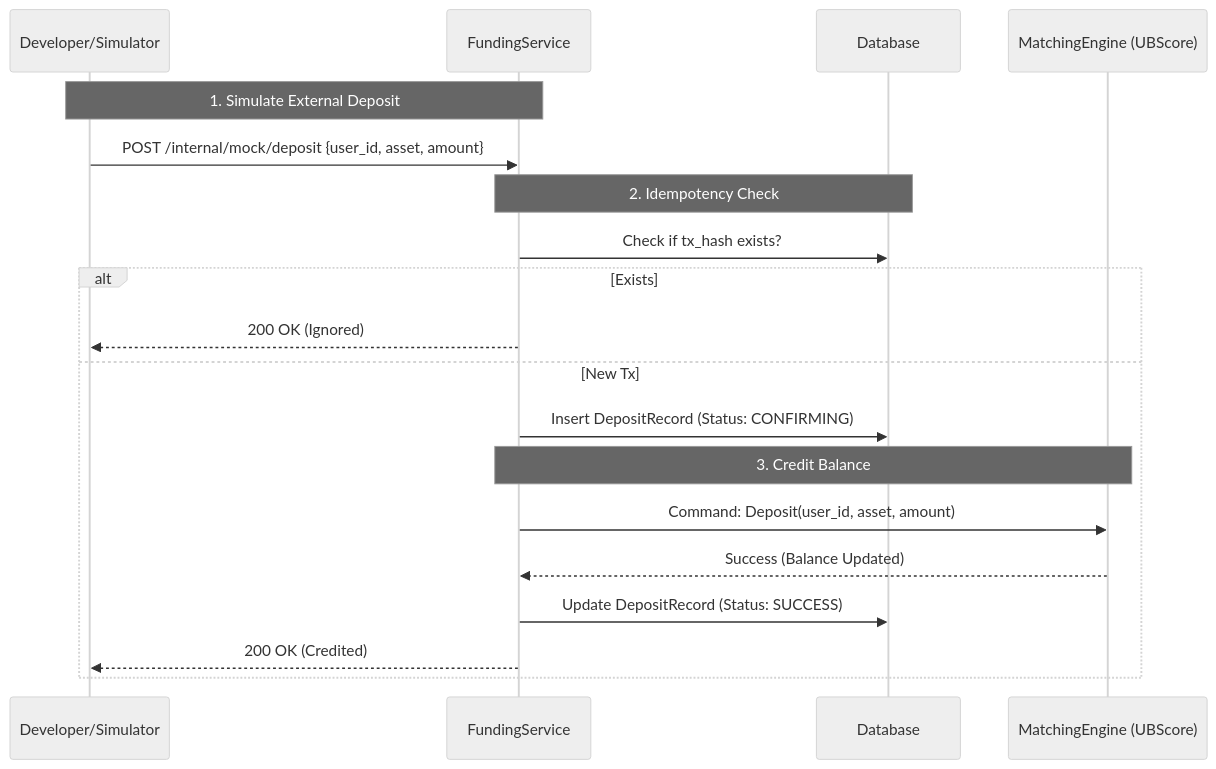
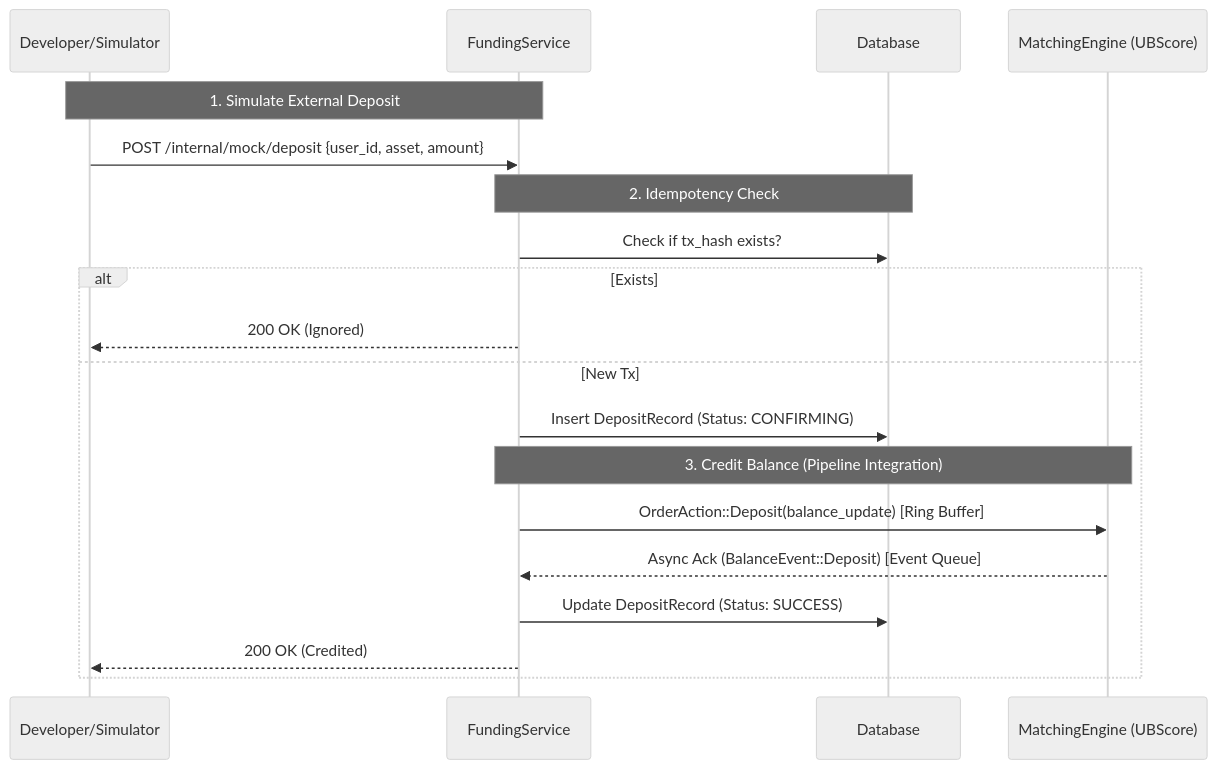
One commit to gjwang/zero_x_infinity changed the first of 2 diagrams in docs/src/0x11-deposit-withdraw.md. Above: the diagram before and after it, drawn with Mermaid (neutral theme). The commit also changed other lines of this file and 5 other files, not shown here.

Commit message:
docs: 0x11 Architecture, Phase 0x12 Concept, and Handover (fix funding broken mod)

````diff
--- a/docs/src/0x11-deposit-withdraw.md
+++ b/docs/src/0x11-deposit-withdraw.md
@@ -44,25 +44,25 @@
 ```mermaid
 sequenceDiagram
     participant Dev as Developer/Simulator
     participant FS as FundingService
     participant DB as Database
     participant ME as MatchingEngine (UBScore)
 
     Note over Dev, FS: 1. Simulate External Deposit
     Dev->>FS: POST /internal/mock/deposit {user_id, asset, amount}
     
     Note over FS, DB: 2. Idempotency Check
     FS->>DB: Check if tx_hash exists?
     alt Exists
         FS-->>Dev: 200 OK (Ignored)
     else New Tx
         FS->>DB: Insert DepositRecord (Status: CONFIRMING)
         
-        Note over FS, ME: 3. Credit Balance
-        FS->>ME: Command: Deposit(user_id, asset, amount)
-        ME-->>FS: Success (Balance Updated)
+    Note over FS, ME: 3. Credit Balance (Pipeline Integration)
+    FS->>ME: OrderAction::Deposit(balance_update) [Ring Buffer]
+    ME-->>FS: Async Ack (BalanceEvent::Deposit) [Event Queue]
         
-        FS->>DB: Update DepositRecord (Status: SUCCESS)
-        FS-->>Dev: 200 OK (Credited)
+    FS->>DB: Update DepositRecord (Status: SUCCESS)
+    FS-->>Dev: 200 OK (Credited)
     end
 ```
````
